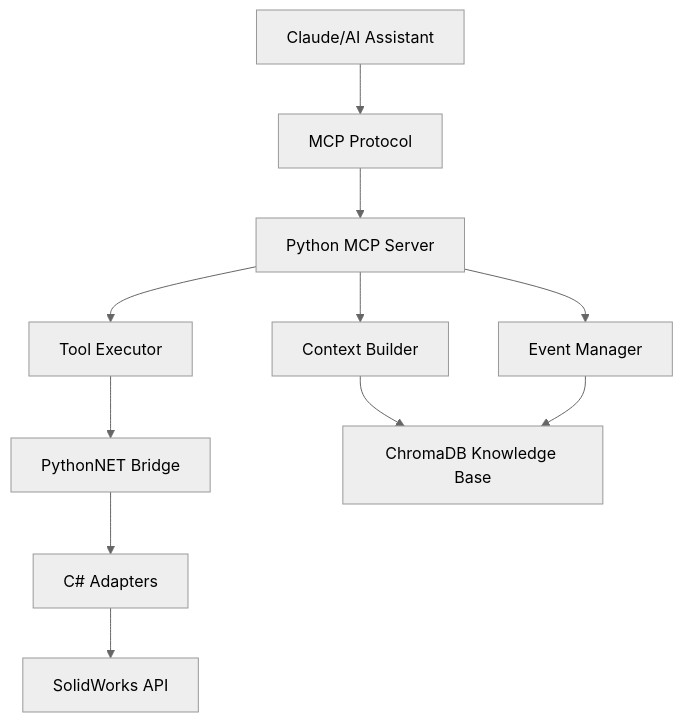
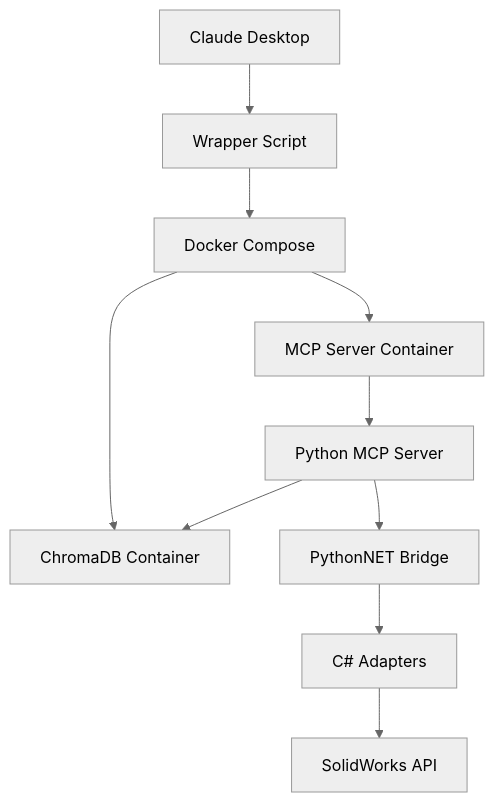
The diagram in README.md (vespo92/mcp-server-solidworks), drawn with Mermaid (neutral theme) before and after one commit. The commit also changed other lines of this file and 3 other files, not shown here.

First line of the commit message:
docker compose

````diff
--- a/README.md
+++ b/README.md
@@ -40,13 +260,12 @@
 ```mermaid
 graph TB
-    A[Claude/AI Assistant] --> B[MCP Protocol]
-    B --> C[Python MCP Server]
-    C --> D[Context Builder]
-    C --> E[Tool Executor]
-    C --> F[Event Manager]
-    E --> G[PythonNET Bridge]
+    A[Claude Desktop] --> B[Wrapper Script]
+    B --> C[Docker Compose]
+    C --> D[MCP Server Container]
+    C --> E[ChromaDB Container]
+    D --> F[Python MCP Server]
+    F --> G[PythonNET Bridge]
     G --> H[C# Adapters]
     H --> I[SolidWorks API]
-    D --> J[ChromaDB Knowledge Base]
-    F --> J
+    F --> E
 ```
````
